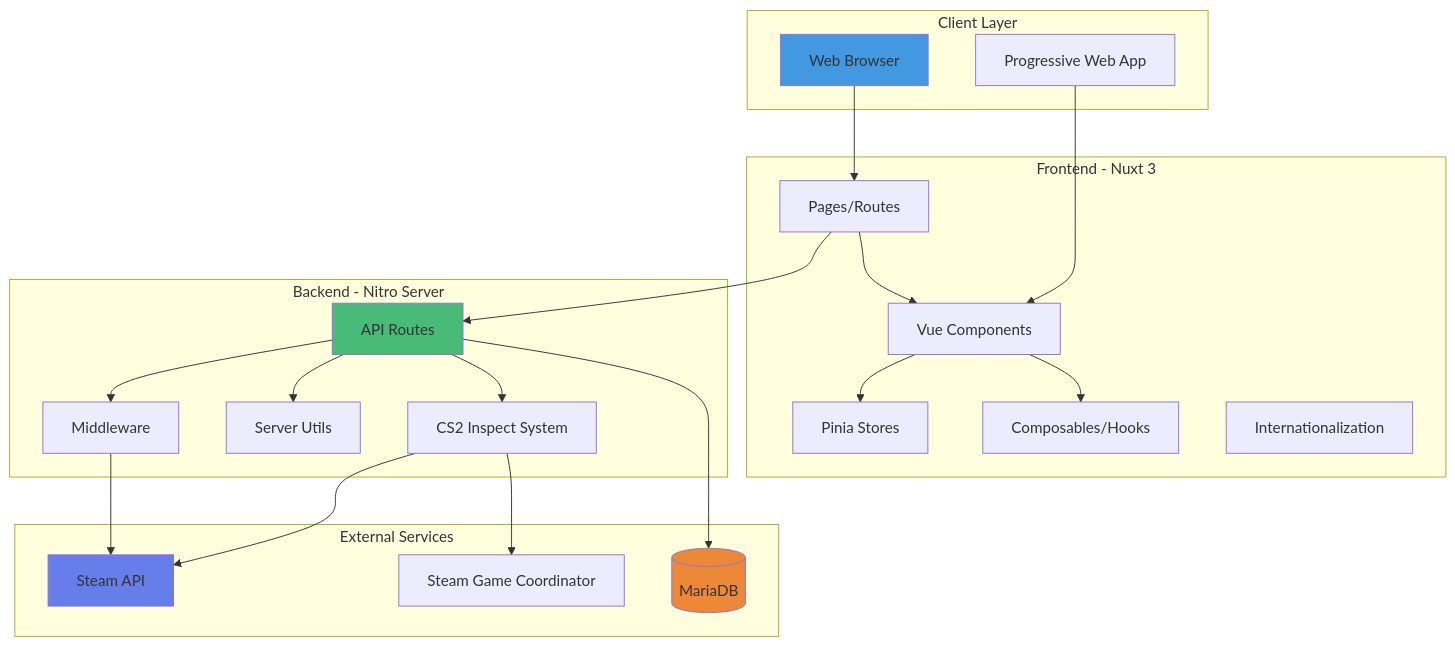
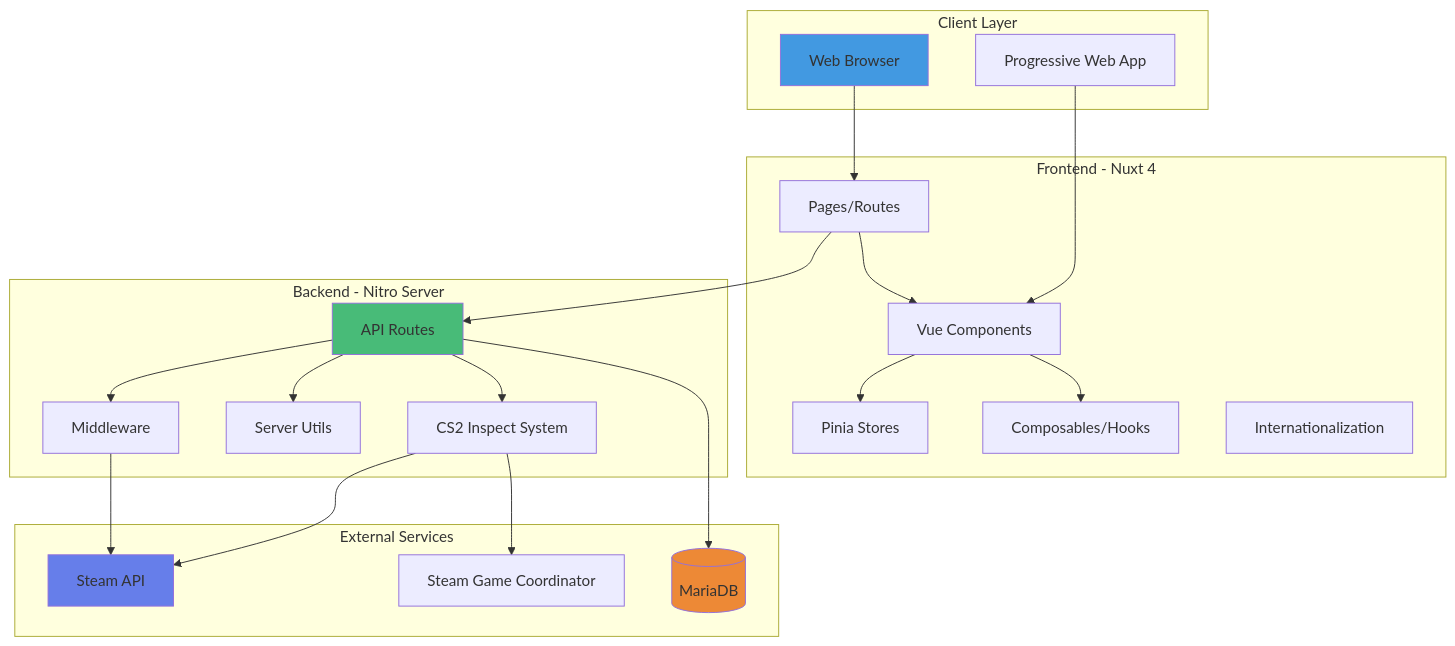
The diagram in services/docs-site/architecture.md (sak0a/cs2inspect-web), drawn with Mermaid before and after one commit. The commit also changed other lines of this file and 22 other files, not shown here.

````diff
--- a/services/docs-site/architecture.md
+++ b/services/docs-site/architecture.md
@@ -113,49 +113,49 @@
 ```mermaid
 graph TB
     subgraph "Client Layer"
         Browser[Web Browser]
         PWA[Progressive Web App]
     end
     
-    subgraph "Frontend - Nuxt 3"
+    subgraph "Frontend - Nuxt 4"
         Pages[Pages/Routes]
         Components[Vue Components]
         Stores[Pinia Stores]
         Composables[Composables/Hooks]
         i18n[Internationalization]
     end
     
     subgraph "Backend - Nitro Server"
         API[API Routes]
         Middleware[Middleware]
         Utils[Server Utils]
         CSInspect[CS2 Inspect System]
     end
     
     subgraph "External Services"
         Steam[Steam API]
         SteamGC[Steam Game Coordinator]
         DB[(MariaDB)]
     end
     
     Browser --> Pages
     PWA --> Components
     Pages --> Components
     Components --> Stores
     Components --> Composables
     Pages --> API
     
     API --> Middleware
     API --> Utils
     API --> CSInspect
     API --> DB
     
     CSInspect --> Steam
     CSInspect --> SteamGC
     Middleware --> Steam
     
     style Browser fill:#4299e1
     style API fill:#48bb78
     style DB fill:#ed8936
     style Steam fill:#667eea
 ```
````
